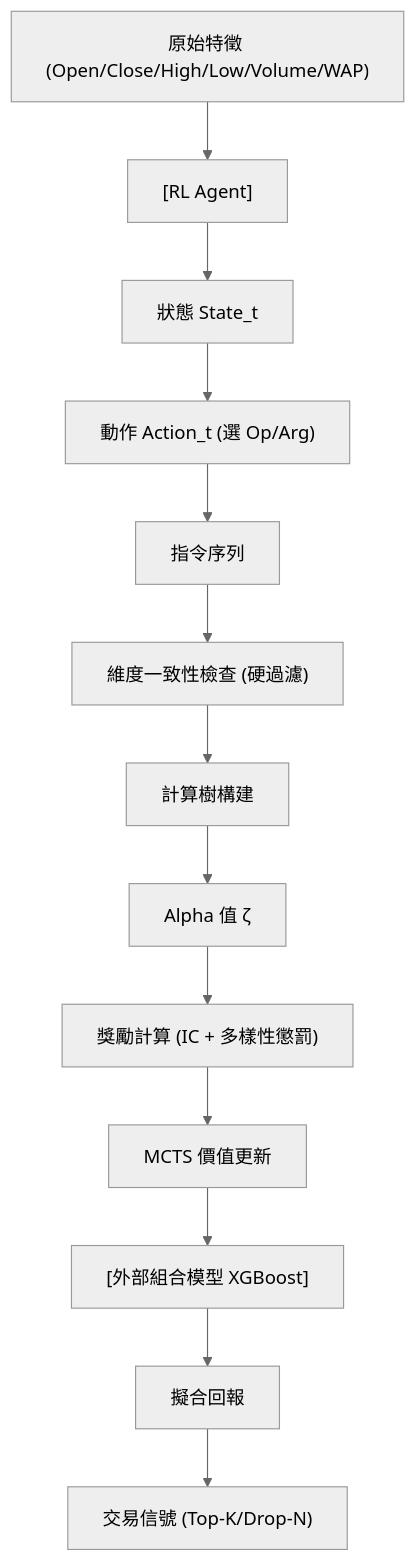
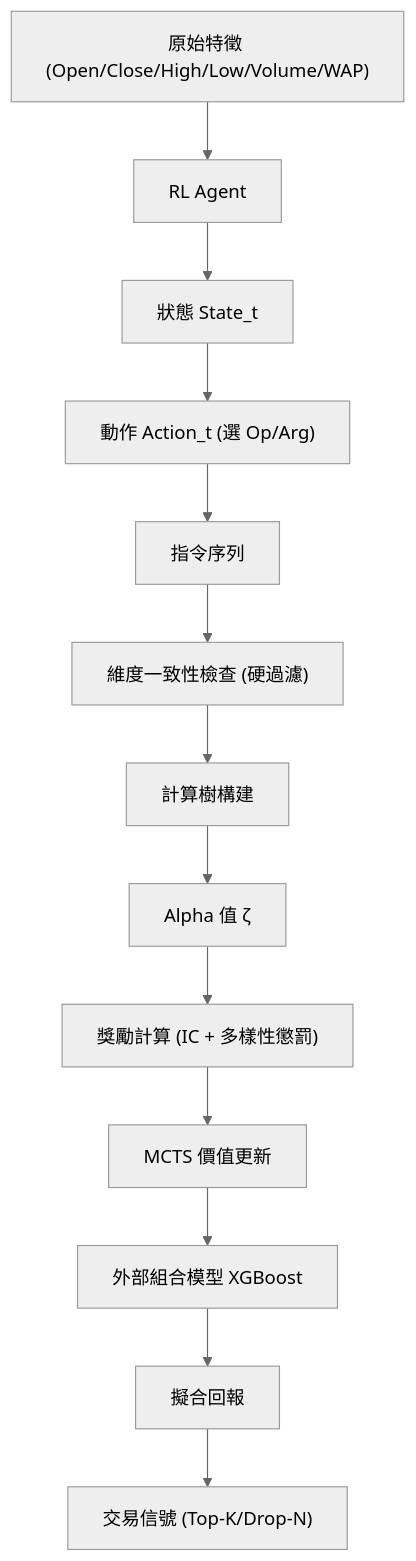
Before and after one commit to sou350121/Trading-Handbook: the diagram in foundations/factor-mining/alpha2.md, drawn with Mermaid (neutral theme). The commit also changed other lines of this file and 191 other files, not shown here.

First line of the commit message:
render: fix math + mermaid for GitHub across the corpus (188 pages)

````diff
--- a/foundations/factor-mining/alpha2.md
+++ b/foundations/factor-mining/alpha2.md
@@ -32,15 +32,15 @@
 ```mermaid
 flowchart TD
-    A["原始特徵 (Open/Close/High/Low/Volume/WAP)"] --> B["[RL Agent]"]
+    A["原始特徵 (Open/Close/High/Low/Volume/WAP)"] --> B["RL Agent"]
     B --> C["狀態 State_t"]
     C --> D["動作 Action_t (選 Op/Arg)"]
     D --> E["指令序列"]
     E --> F["維度一致性檢查 (硬過濾)"]
     F --> G["計算樹構建"]
     G --> H["Alpha 值 ζ"]
     H --> I["獎勵計算 (IC + 多樣性懲罰)"]
     I --> J["MCTS 價值更新"]
-    J --> K["[外部組合模型 XGBoost]"]
+    J --> K["外部組合模型 XGBoost"]
     K --> L["擬合回報"]
     L --> M["交易信號 (Top-K/Drop-N)"]
 ```
````
